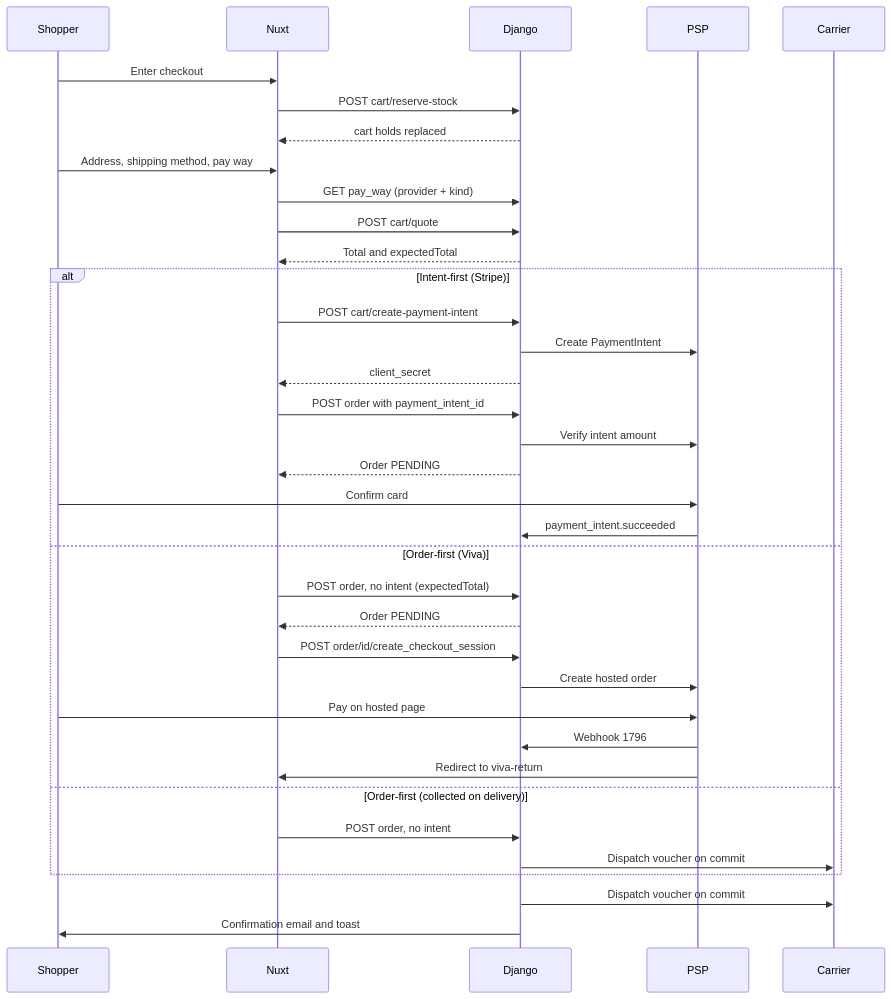
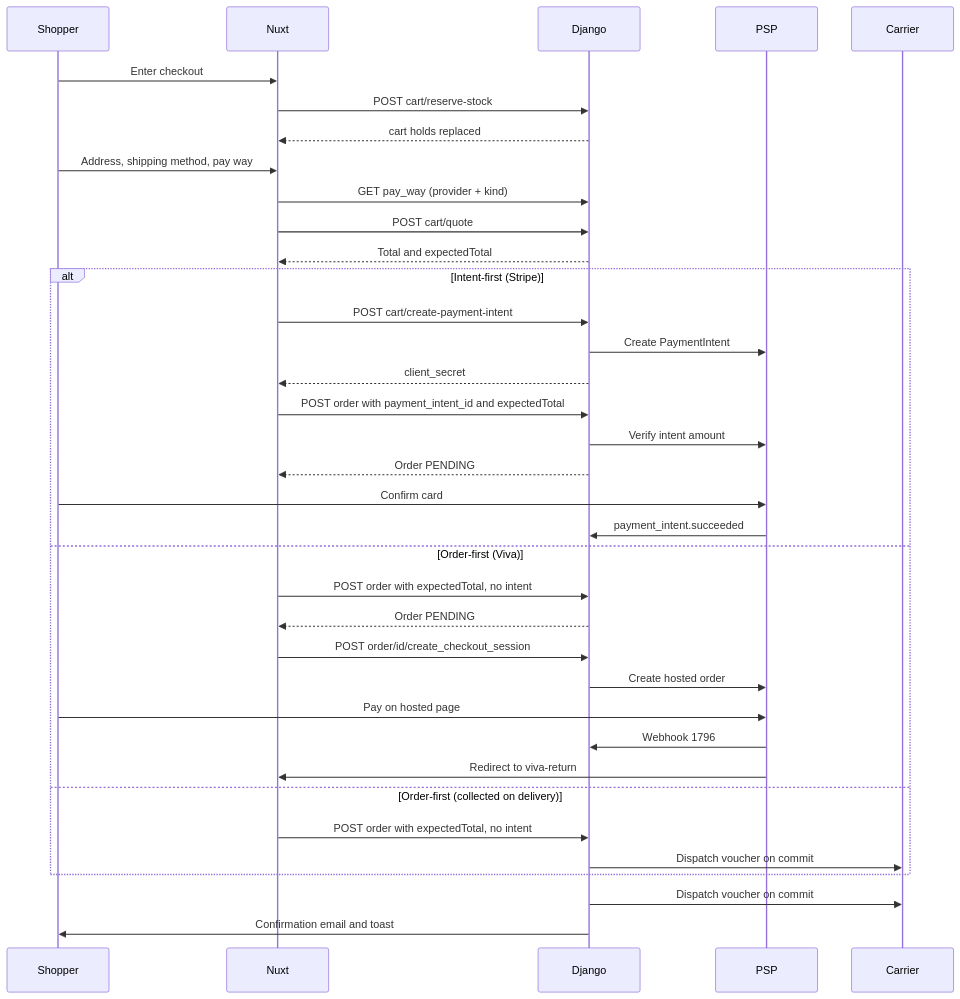
Before and after one commit to vasilistotskas/grooveshop-docs: the diagram in src/dev/flows/checkout-and-payment.md, drawn with Mermaid. The commit also changed other lines of this file and 2 other files, not shown here.

First line of the commit message:
docs: expectedTotal is required on order creation (#187)

````diff
--- a/src/dev/flows/checkout-and-payment.md
+++ b/src/dev/flows/checkout-and-payment.md
@@ -23,39 +23,39 @@
 ```mermaid
 sequenceDiagram
   participant S as Shopper
   participant N as Nuxt
   participant D as Django
   participant P as PSP
   participant C as Carrier
 
   S->>N: Enter checkout
   N->>D: POST cart/reserve-stock
   D-->>N: cart holds replaced
   S->>N: Address, shipping method, pay way
   N->>D: GET pay_way (provider + kind)
   N->>D: POST cart/quote
   D-->>N: Total and expectedTotal
   alt Intent-first (Stripe)
     N->>D: POST cart/create-payment-intent
     D->>P: Create PaymentIntent
     D-->>N: client_secret
-    N->>D: POST order with payment_intent_id
+    N->>D: POST order with payment_intent_id and expectedTotal
     D->>P: Verify intent amount
     D-->>N: Order PENDING
     S->>P: Confirm card
     P->>D: payment_intent.succeeded
   else Order-first (Viva)
-    N->>D: POST order, no intent (expectedTotal)
+    N->>D: POST order with expectedTotal, no intent
     D-->>N: Order PENDING
     N->>D: POST order/id/create_checkout_session
     D->>P: Create hosted order
     S->>P: Pay on hosted page
     P->>D: Webhook 1796
     P->>N: Redirect to viva-return
   else Order-first (collected on delivery)
-    N->>D: POST order, no intent
+    N->>D: POST order with expectedTotal, no intent
     D->>C: Dispatch voucher on commit
   end
   D->>C: Dispatch voucher on commit
   D->>S: Confirmation email and toast
 ```
````
